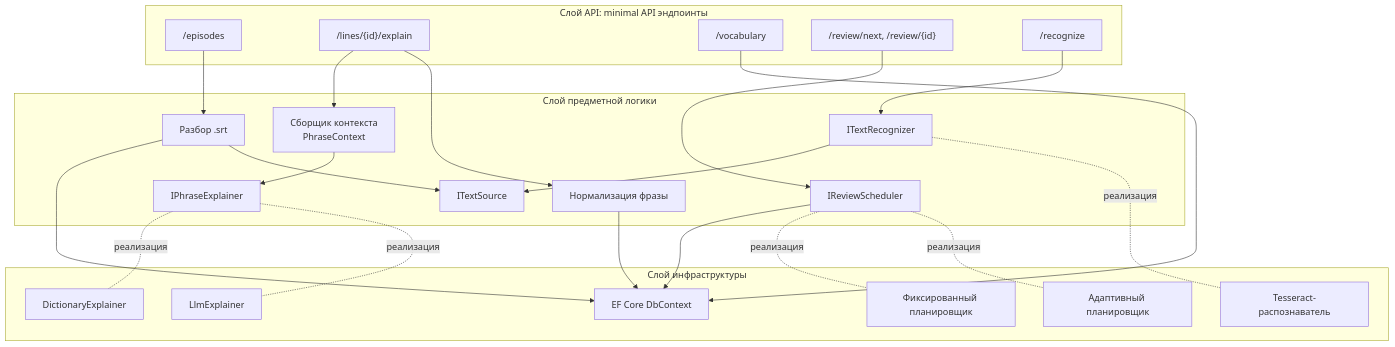
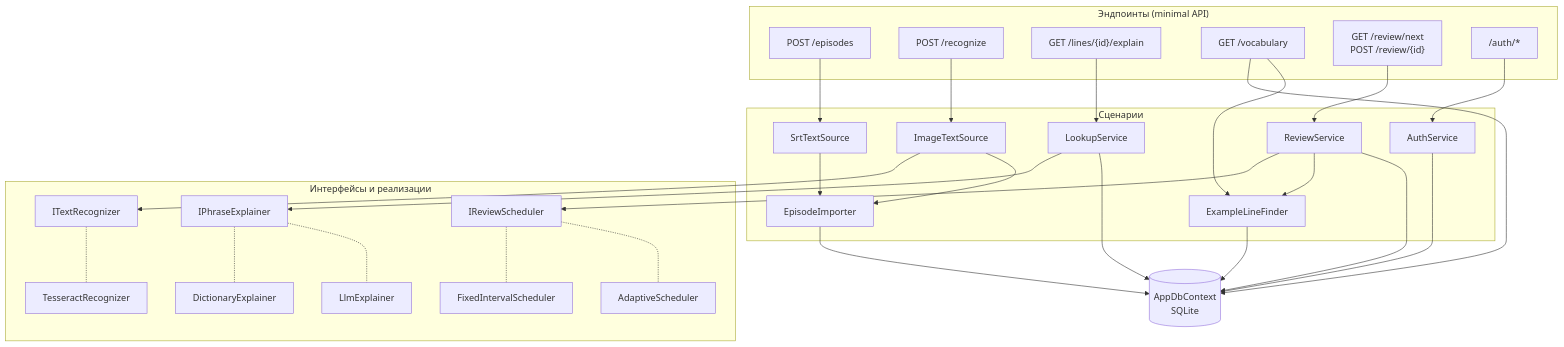
The second of 8 diagrams in docs/04-architecture.md (k0baboba/EasyLangApi), drawn with Mermaid before and after one commit. The commit also changed other lines of this file and 6 other files, not shown here.

````diff
--- a/docs/04-architecture.md
+++ b/docs/04-architecture.md
@@ -40,43 +63,52 @@
 ```mermaid
 flowchart TB
-    subgraph API["Слой API: minimal API эндпоинты"]
-        E1["/episodes"]
-        E2["/lines/{id}/explain"]
-        E3["/vocabulary"]
-        E4["/review/next, /review/{id}"]
-        E5["/recognize"]
+    subgraph API["Эндпоинты (minimal API)"]
+        E1["POST /episodes"]
+        E5["POST /recognize"]
+        E2["GET /lines/{id}/explain"]
+        E3["GET /vocabulary"]
+        E4["GET /review/next<br/>POST /review/{id}"]
+        E6["/auth/*"]
     end
 
-    subgraph Domain["Слой предметной логики"]
-        SP["Разбор .srt"]
-        CB["Сборщик контекста<br/>PhraseContext"]
-        EX["IPhraseExplainer"]
-        TS["ITextSource"]
-        TR["ITextRecognizer"]
-        RS["IReviewScheduler"]
-        N["Нормализация фразы"]
+    subgraph Services["Сценарии"]
+        SRT["SrtTextSource"]
+        IMG["ImageTextSource"]
+        IMP["EpisodeImporter"]
+        LS["LookupService"]
+        RV["ReviewService"]
+        EXF["ExampleLineFinder"]
+        AU["AuthService"]
     end
 
-    subgraph Infra["Слой инфраструктуры"]
-        EF["EF Core DbContext"]
+    subgraph Ports["Интерфейсы и реализации"]
+        EX["IPhraseExplainer"]
         DE["DictionaryExplainer"]
         LE["LlmExplainer"]
-        TE["Tesseract-распознаватель"]
-        FS["Фиксированный планировщик"]
-        AS["Адаптивный планировщик"]
+        TR["ITextRecognizer"]
+        TE["TesseractRecognizer"]
+        RS["IReviewScheduler"]
+        FS["FixedIntervalScheduler"]
+        AS["AdaptiveScheduler"]
     end
 
-    E1 --> SP --> EF
-    E2 --> CB --> EX
-    E2 --> N --> EF
-    E5 --> TR
-    TR --> TS
-    SP --> TS
-    E3 --> EF
-    E4 --> RS --> EF
-    EX -.реализация.- DE
-    EX -.реализация.- LE
-    TR -.реализация.- TE
-    RS -.реализация.- FS
-    RS -.реализация.- AS
+    DB[("AppDbContext<br/>SQLite")]
+
+    E1 --> SRT --> IMP
+    E5 --> IMG --> TR
+    IMG --> IMP
+    IMP --> DB
+    E2 --> LS --> EX
+    LS --> DB
+    E3 --> DB
+    E3 --> EXF
+    E4 --> RV --> RS
+    RV --> EXF --> DB
+    RV --> DB
+    E6 --> AU --> DB
+    EX -.- DE
+    EX -.- LE
+    TR -.- TE
+    RS -.- FS
+    RS -.- AS
 ```
````
